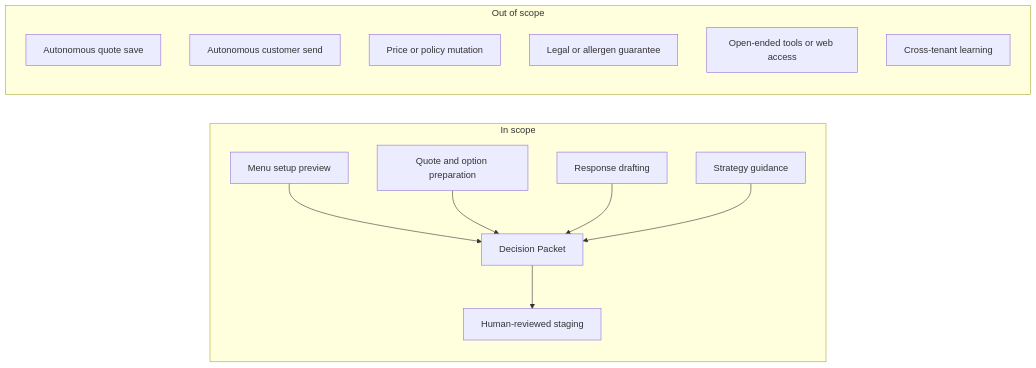
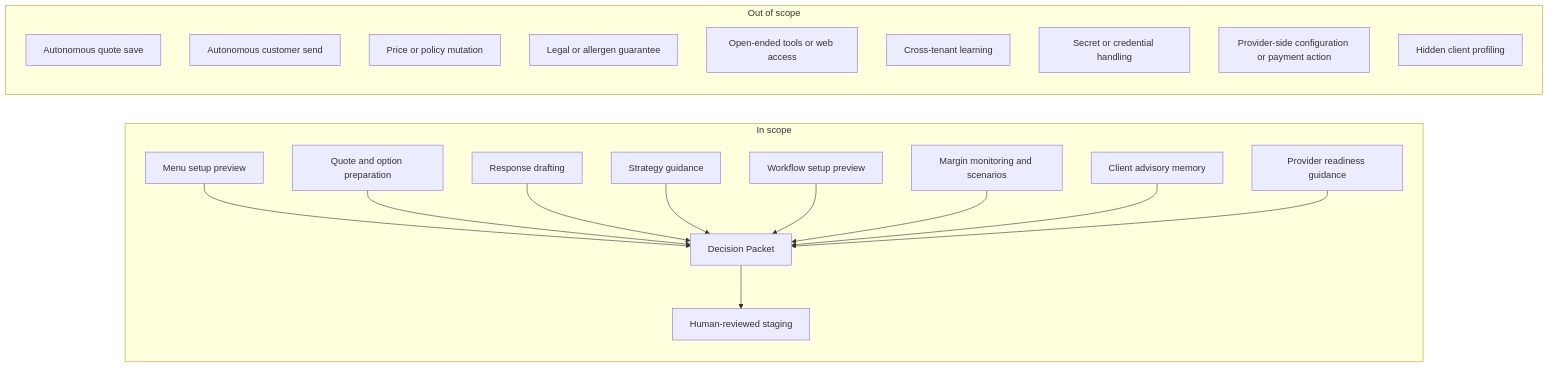
One commit to TOTALLYMAJOR/QuotePilot changed the second of 2 diagrams in docs/STEWARD_PRD.md. Above: the diagram before and after it, drawn with Mermaid. The commit also changed other lines of this file and 100 other files, not shown here.

````diff
--- a/docs/STEWARD_PRD.md
+++ b/docs/STEWARD_PRD.md
@@ -90,24 +106,35 @@
 ```mermaid
 flowchart LR
   subgraph IN[In scope]
     A[Menu setup preview]
     B[Quote and option preparation]
     C[Response drafting]
     D[Strategy guidance]
     E[Decision Packet]
     F[Human-reviewed staging]
+    M[Workflow setup preview]
+    N[Margin monitoring and scenarios]
+    O[Client advisory memory]
+    P[Provider readiness guidance]
   end
   subgraph OUT[Out of scope]
     G[Autonomous quote save]
     H[Autonomous customer send]
     I[Price or policy mutation]
     J[Legal or allergen guarantee]
     K[Open-ended tools or web access]
     L[Cross-tenant learning]
+    Q[Secret or credential handling]
+    R[Provider-side configuration or payment action]
+    S[Hidden client profiling]
   end
   A --> E
   B --> E
   C --> E
   D --> E
+  M --> E
+  N --> E
+  O --> E
+  P --> E
   E --> F
 ```
````
